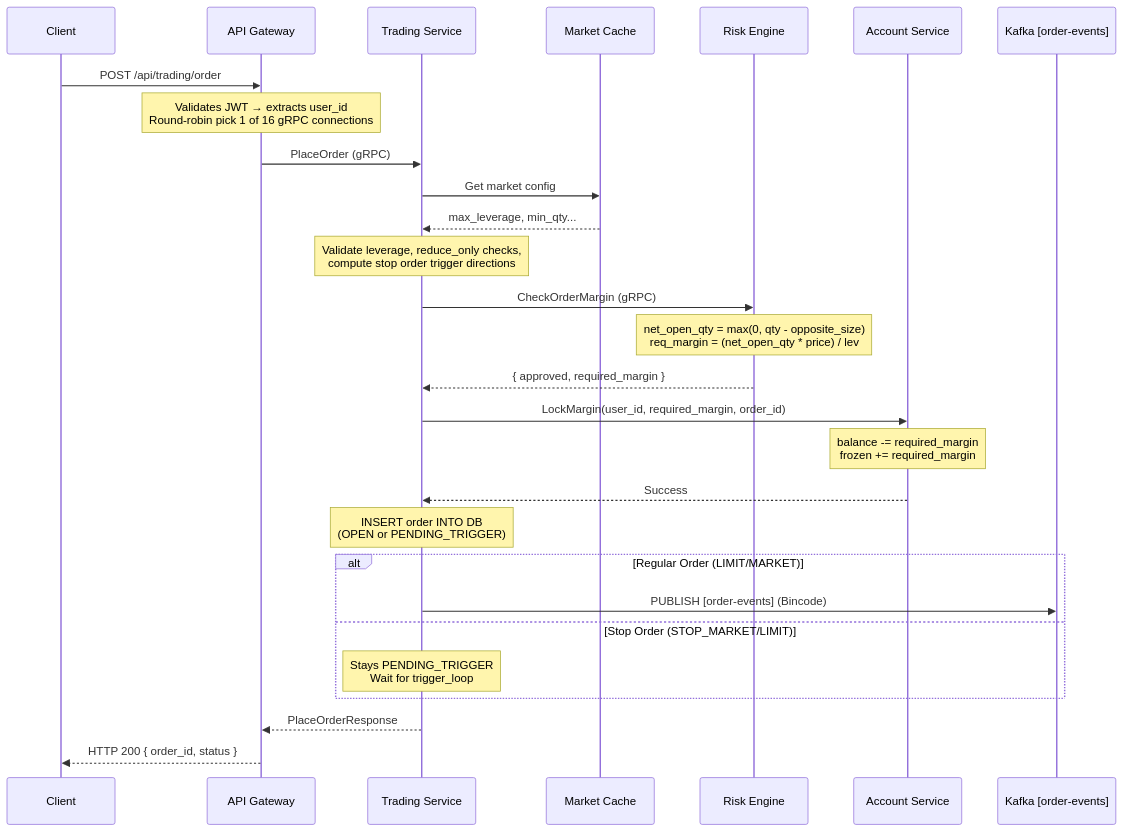
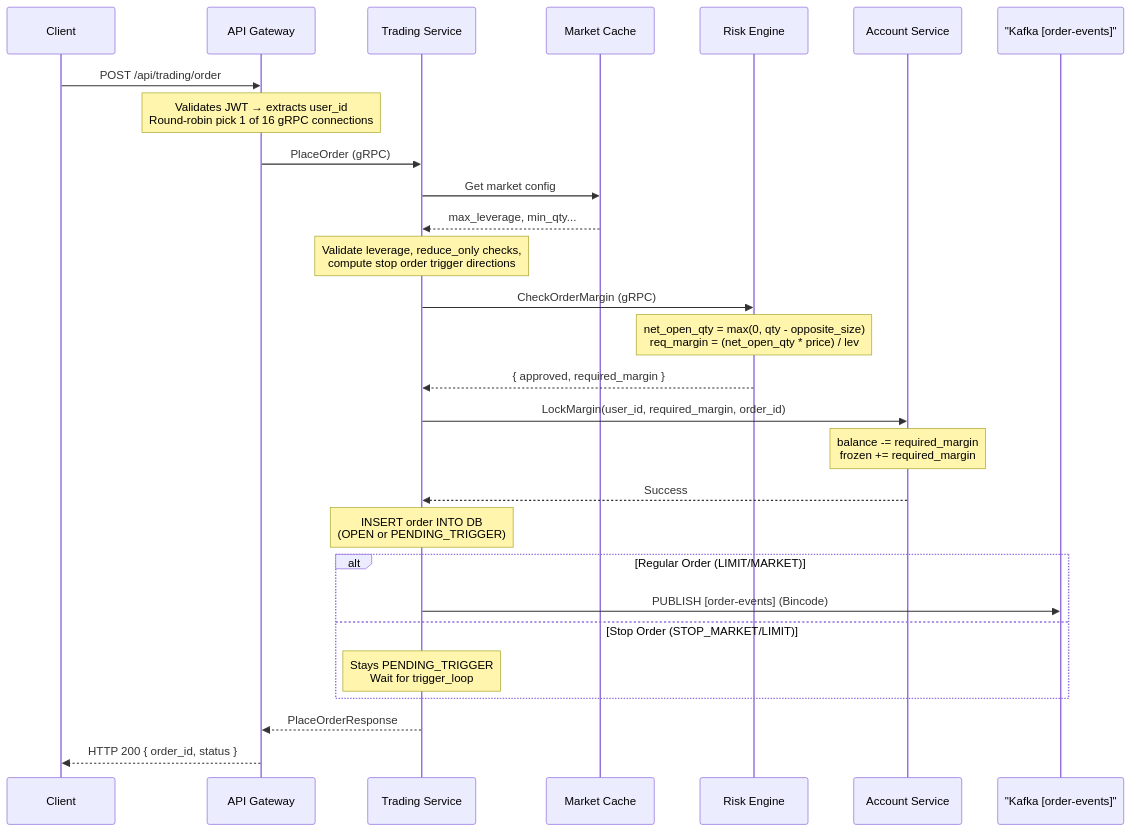
Before and after one commit to DHRUVILPATEL2303/perps-exchange: the third of 11 diagrams in README.md, drawn with Mermaid. The commit also changed other lines of this file, not shown here.

````diff
--- a/README.md
+++ b/README.md
@@ -350,38 +350,38 @@
 ```mermaid
 sequenceDiagram
     participant C as Client
     participant GW as API Gateway
     participant TS as Trading Service
     participant MS as Market Cache
     participant RE as Risk Engine
     participant AS as Account Service
-    participant K as Kafka [order-events]
+    participant K as "Kafka [order-events]"
 
     C->>GW: POST /api/trading/order
     Note over GW: Validates JWT → extracts user_id<br/>Round-robin pick 1 of 16 gRPC connections
     GW->>TS: PlaceOrder (gRPC)
     
     TS->>MS: Get market config
     MS-->>TS: max_leverage, min_qty...
     
     Note over TS: Validate leverage, reduce_only checks,<br/>compute stop order trigger directions
     
     TS->>RE: CheckOrderMargin (gRPC)
     Note over RE: net_open_qty = max(0, qty - opposite_size)<br/>req_margin = (net_open_qty * price) / lev
     RE-->>TS: { approved, required_margin }
     
     TS->>AS: LockMargin(user_id, required_margin, order_id)
     Note over AS: balance -= required_margin<br/>frozen += required_margin
     AS-->>TS: Success
     
     Note over TS: INSERT order INTO DB<br/>(OPEN or PENDING_TRIGGER)
     
     alt Regular Order (LIMIT/MARKET)
         TS->>K: PUBLISH [order-events] (Bincode)
     else Stop Order (STOP_MARKET/LIMIT)
         Note over TS: Stays PENDING_TRIGGER<br/>Wait for trigger_loop
     end
     
     TS-->>GW: PlaceOrderResponse
     GW-->>C: HTTP 200 { order_id, status }
 ```
````
